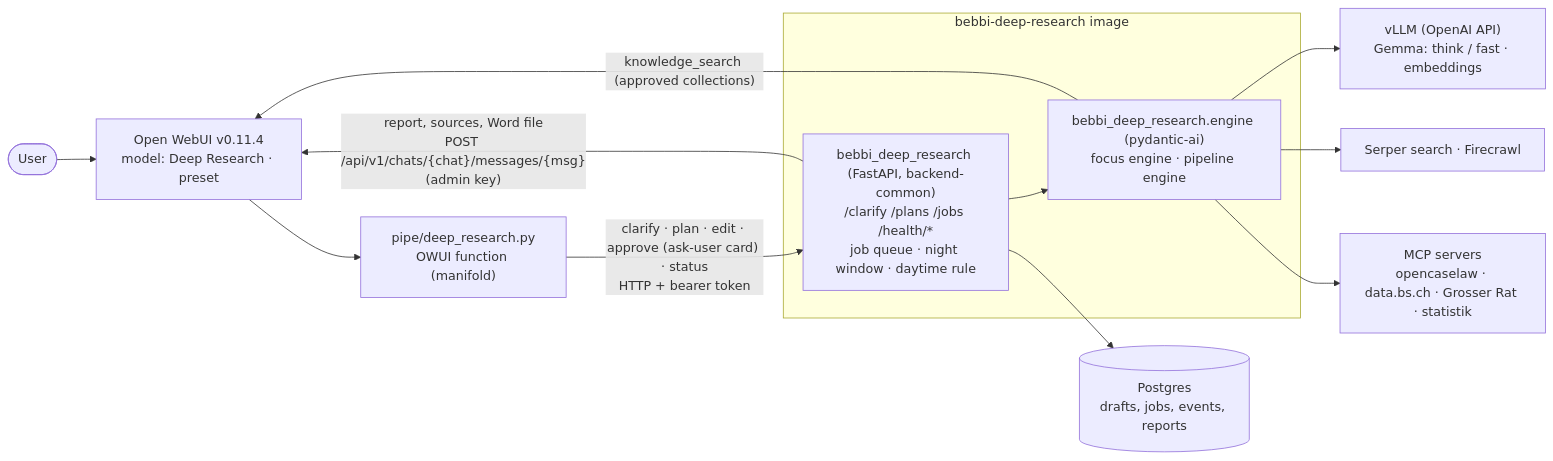
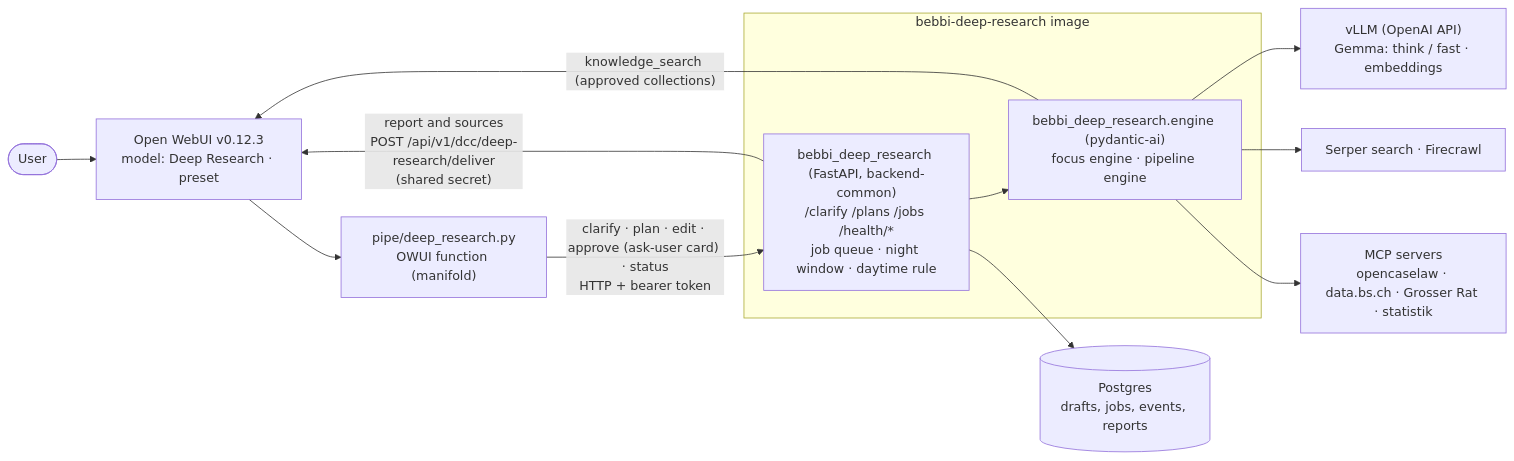
Before and after one commit to DCC-BS/bebbi-deep-research: the diagram in README.md, drawn with Mermaid. The commit also changed other lines of this file and 5 other files, not shown here.

````diff
--- a/README.md
+++ b/README.md
@@ -13,19 +13,19 @@
 ```mermaid
 flowchart LR
-    user([User]) --> owui["Open WebUI v0.11.4<br/>model: Deep Research · preset"]
+    user([User]) --> owui["Open WebUI v0.12.3<br/>model: Deep Research · preset"]
     owui --> pipe["pipe/deep_research.py<br/>OWUI function (manifold)"]
     pipe -- "clarify · plan · edit · approve (ask-user card) · status<br/>HTTP + bearer token" --> svc
-    svc -- "report, sources, Word file<br/>POST /api/v1/chats/{chat}/messages/{msg}<br/>(admin key)" --> owui
+    svc -- "report and sources<br/>POST /api/v1/dcc/deep-research/deliver<br/>(shared secret)" --> owui
 
     subgraph svc_box ["bebbi-deep-research image"]
         svc["bebbi_deep_research (FastAPI, backend-common)<br/>/clarify /plans /jobs /health/*<br/>job queue · night window · daytime rule"]
         engine["bebbi_deep_research.engine (pydantic-ai)<br/>focus engine · pipeline engine"]
         svc --> engine
     end
 
     svc --> pg[("Postgres<br/>drafts, jobs, events, reports")]
     engine --> llm["vLLM (OpenAI API)<br/>Gemma: think / fast · embeddings"]
     engine --> web["Serper search · Firecrawl"]
     engine --> mcp["MCP servers<br/>opencaselaw · data.bs.ch · Grosser Rat · statistik"]
     engine -- "knowledge_search (approved collections)" --> owui
 ```
````
